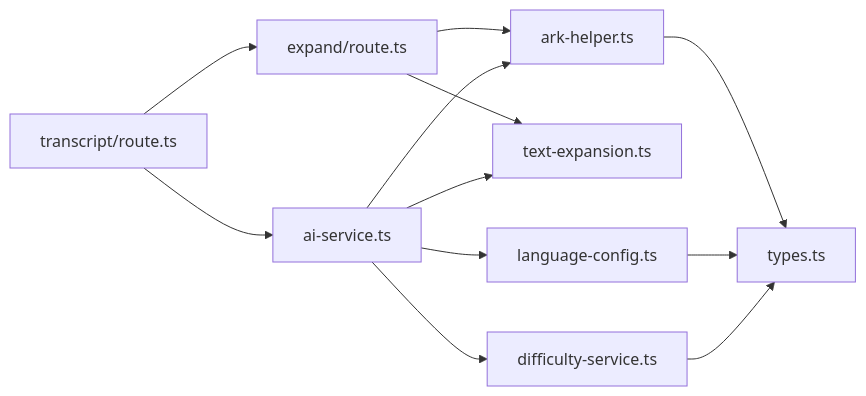
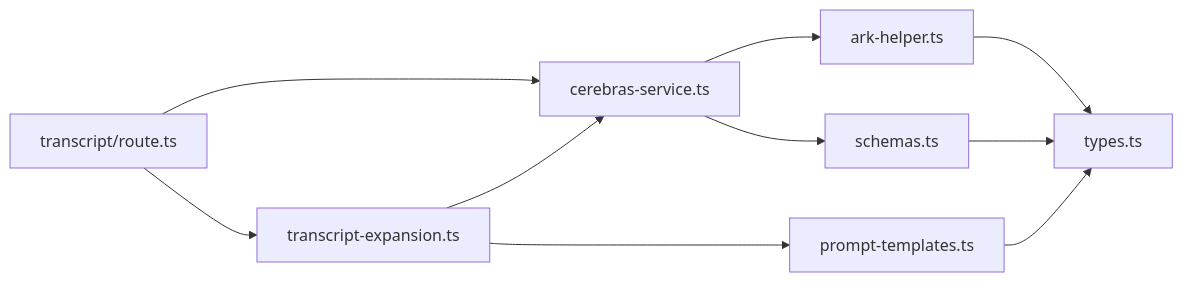
The sixth of 6 diagrams in .qoder/repowiki/zh/content/后端API接口/AI内容生成API/转录文本生成API.md (arthurlee116/english-listening-trainer), drawn with Mermaid before and after one commit. The commit also changed other lines of this file and 58 other files, not shown here.

````diff
--- a/.qoder/repowiki/zh/content/后端API接口/AI内容生成API/转录文本生成API.md
+++ b/.qoder/repowiki/zh/content/后端API接口/AI内容生成API/转录文本生成API.md
@@ -206,14 +276,12 @@
 ```mermaid
 graph LR
-A[transcript/route.ts] --> B[ai-service.ts]
-A --> C[expand/route.ts]
+A[transcript/route.ts] --> B[cerebras-service.ts]
+A --> C[transcript-expansion.ts]
 B --> D[ark-helper.ts]
-B --> E[text-expansion.ts]
-B --> F[difficulty-service.ts]
-B --> G[language-config.ts]
-C --> D
-C --> E
-F --> H[types.ts]
-G --> H
-D --> H
+B --> E[schemas.ts]
+C --> B
+C --> F[prompt-templates.ts]
+F --> G[types.ts]
+E --> G
+D --> G
 ```
````
